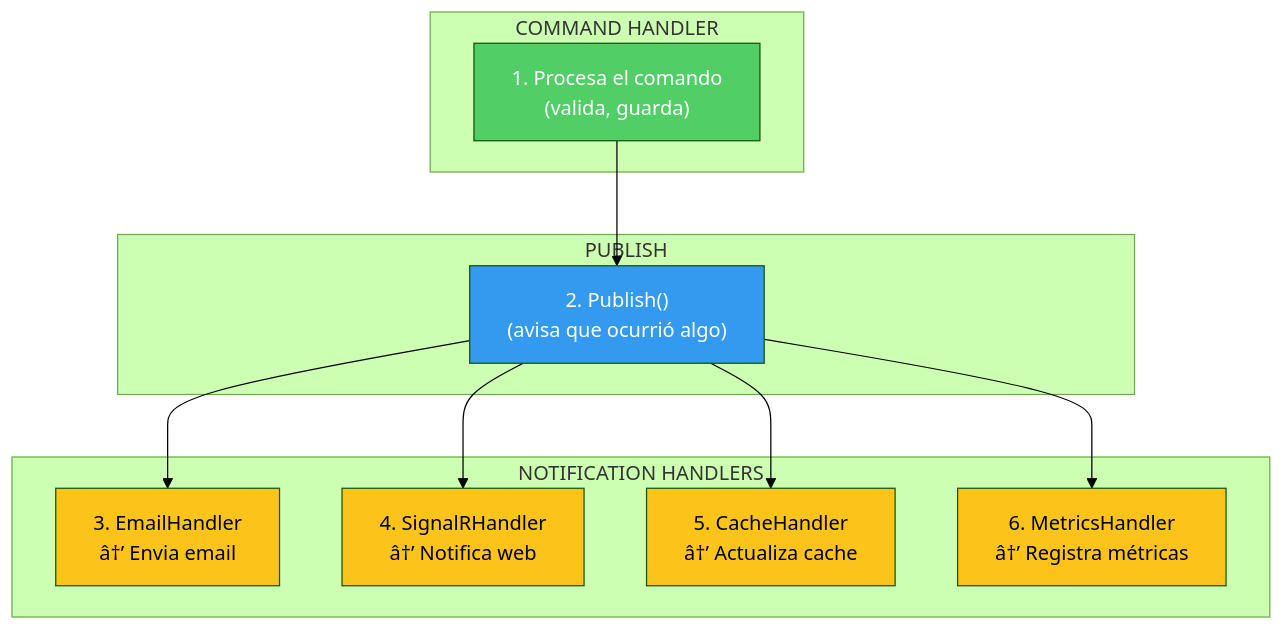
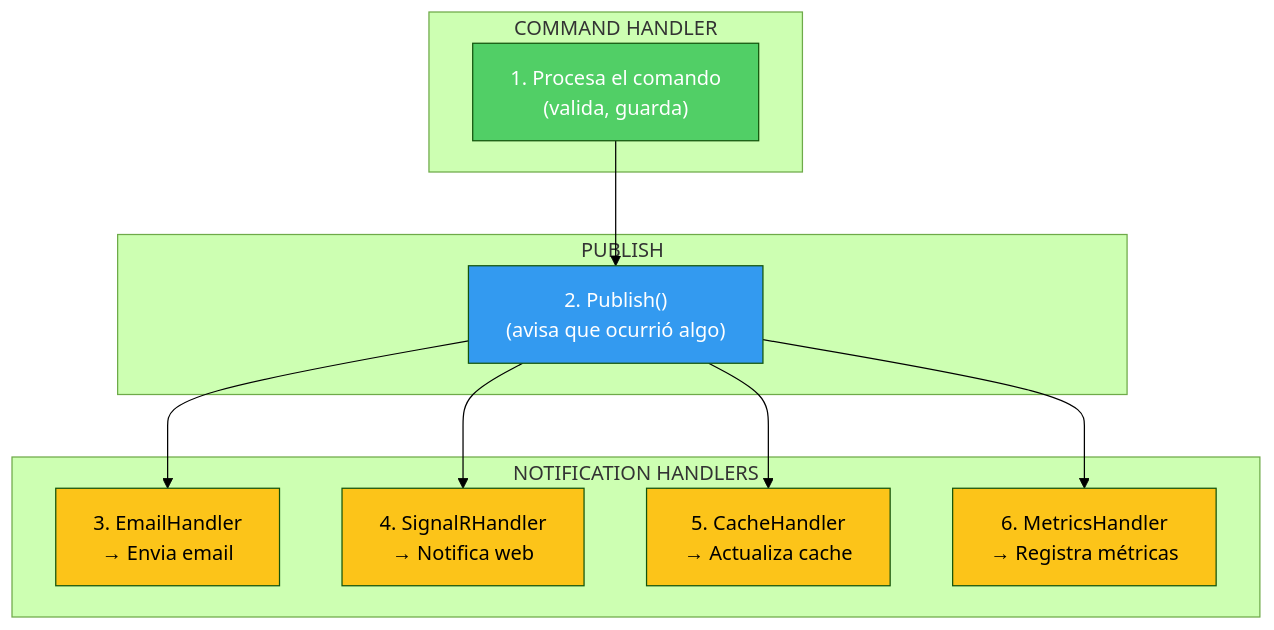
One commit to joseluisgs/TiendaDawApi-Cqrs-MediatR-NetCore changed diagram 15 of 23 in doc/12-cqrs-commands-queries.md. Above: the diagram before and after it, drawn with Mermaid (forest theme). The commit also changed other lines of this file and 27 other files, not shown here.

````diff
--- a/doc/12-cqrs-commands-queries.md
+++ b/doc/12-cqrs-commands-queries.md
@@ -874,29 +874,29 @@
 ```mermaid
 flowchart TB
     subgraph "COMMAND HANDLER"
         A["1. Procesa el comando\n(valida, guarda)"]
     end
     
     subgraph "PUBLISH"
         B["2. Publish()\n(avisa que ocurrió algo)"]
     end
     
     subgraph "NOTIFICATION HANDLERS"
-        C["3. EmailHandler\nâ†’ Envia email"]
-        D["4. SignalRHandler\nâ†’ Notifica web"]
-        E["5. CacheHandler\nâ†’ Actualiza cache"]
-        F["6. MetricsHandler\nâ†’ Registra métricas"]
+        C["3. EmailHandler\n→ Envia email"]
+        D["4. SignalRHandler\n→ Notifica web"]
+        E["5. CacheHandler\n→ Actualiza cache"]
+        F["6. MetricsHandler\n→ Registra métricas"]
     end
     
     A --> B --> C
     B --> D
     B --> E
     B --> F
     
     style A fill:#51cf66,color:#fff
     style B fill:#339af0,color:#fff
     style C fill:#fcc419,color:#000
     style D fill:#fcc419,color:#000
     style E fill:#fcc419,color:#000
     style F fill:#fcc419,color:#000
 ```
````
